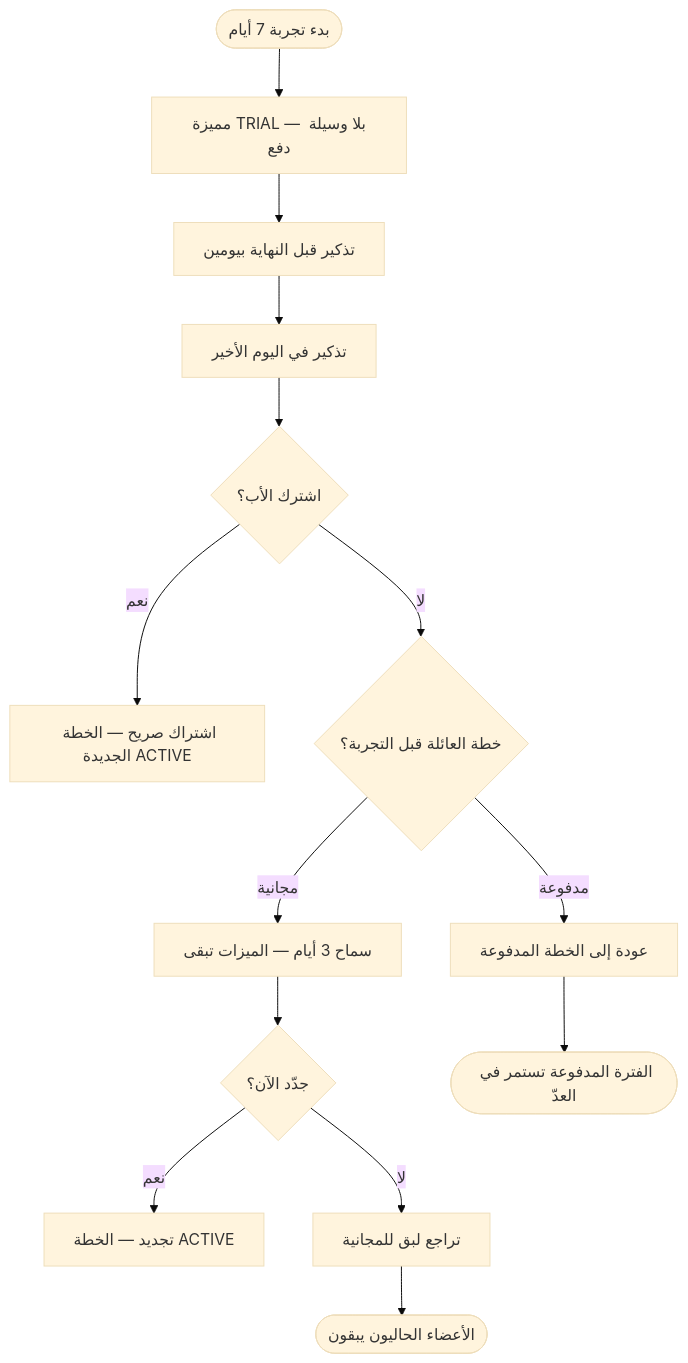
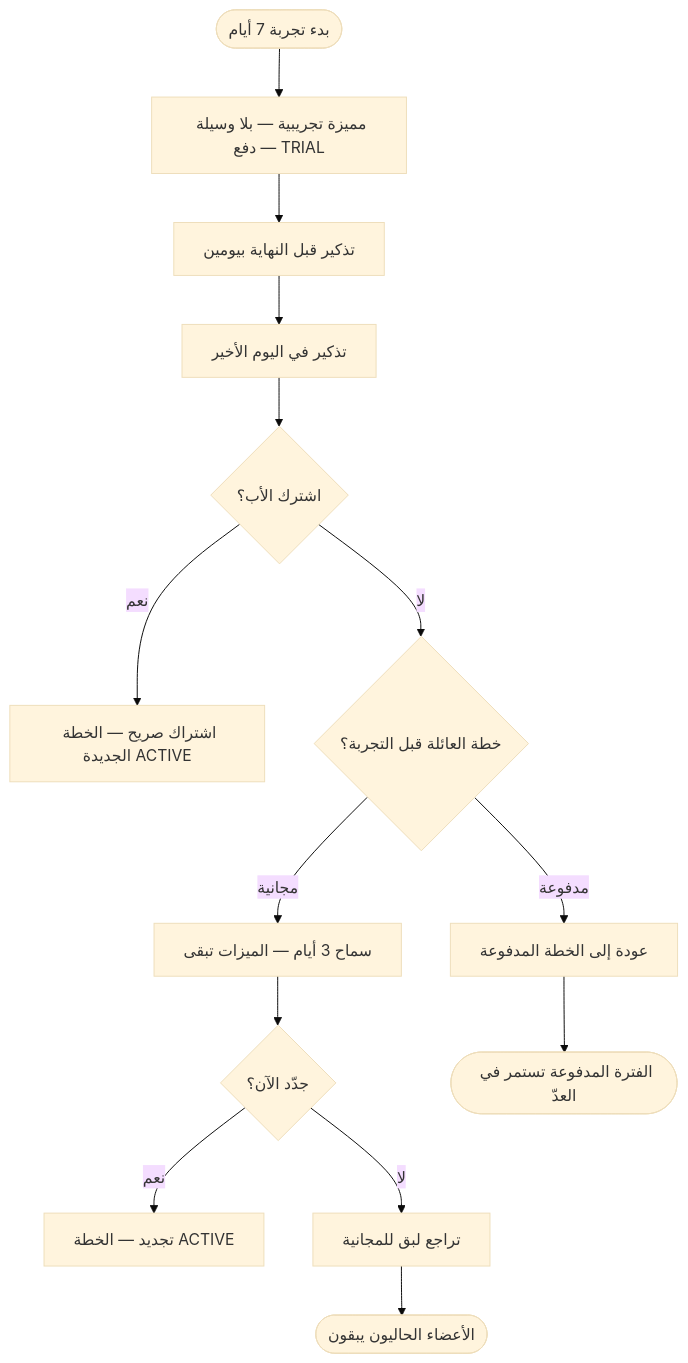
One commit to Bassam-mohammed-alqaeadi/family-os-v2 changed diagram 15 of 25 in docs/family-os/governance/phases/phase-1/S1-04-plans-and-subscriptions/DIAGRAMS.md. Above: the diagram before and after it, drawn with Mermaid (base theme). The commit also changed other lines of this file, not shown here.

````diff
--- a/docs/family-os/governance/phases/phase-1/S1-04-plans-and-subscriptions/DIAGRAMS.md
+++ b/docs/family-os/governance/phases/phase-1/S1-04-plans-and-subscriptions/DIAGRAMS.md
@@ -559,16 +593,16 @@
 ```mermaid
 flowchart TD
-    B1([بدء تجربة 7 أيام]) --> B2[مميزة TRIAL — بلا وسيلة دفع]
+    B1([بدء تجربة 7 أيام]) --> B2[مميزة تجريبية — بلا وسيلة دفع — TRIAL]
     B2 --> B3[تذكير قبل النهاية بيومين]
     B3 --> B4[تذكير في اليوم الأخير]
     B4 --> B5{اشترك الأب؟}
     B5 -->|نعم| B6[اشتراك صريح — الخطة الجديدة ACTIVE]
     B5 -->|لا| B7{خطة العائلة قبل التجربة؟}
     B7 -->|مدفوعة| B8[عودة إلى الخطة المدفوعة]
     B7 -->|مجانية| B9[سماح 3 أيام — الميزات تبقى]
     B9 --> B10{جدّد الآن؟}
     B10 -->|نعم| B11[تجديد — الخطة ACTIVE]
     B10 -->|لا| B12[تراجع لبق للمجانية]
     B8 --> B13([الفترة المدفوعة تستمر في العدّ])
     B12 --> B14([الأعضاء الحاليون يبقون])
 ```
````
